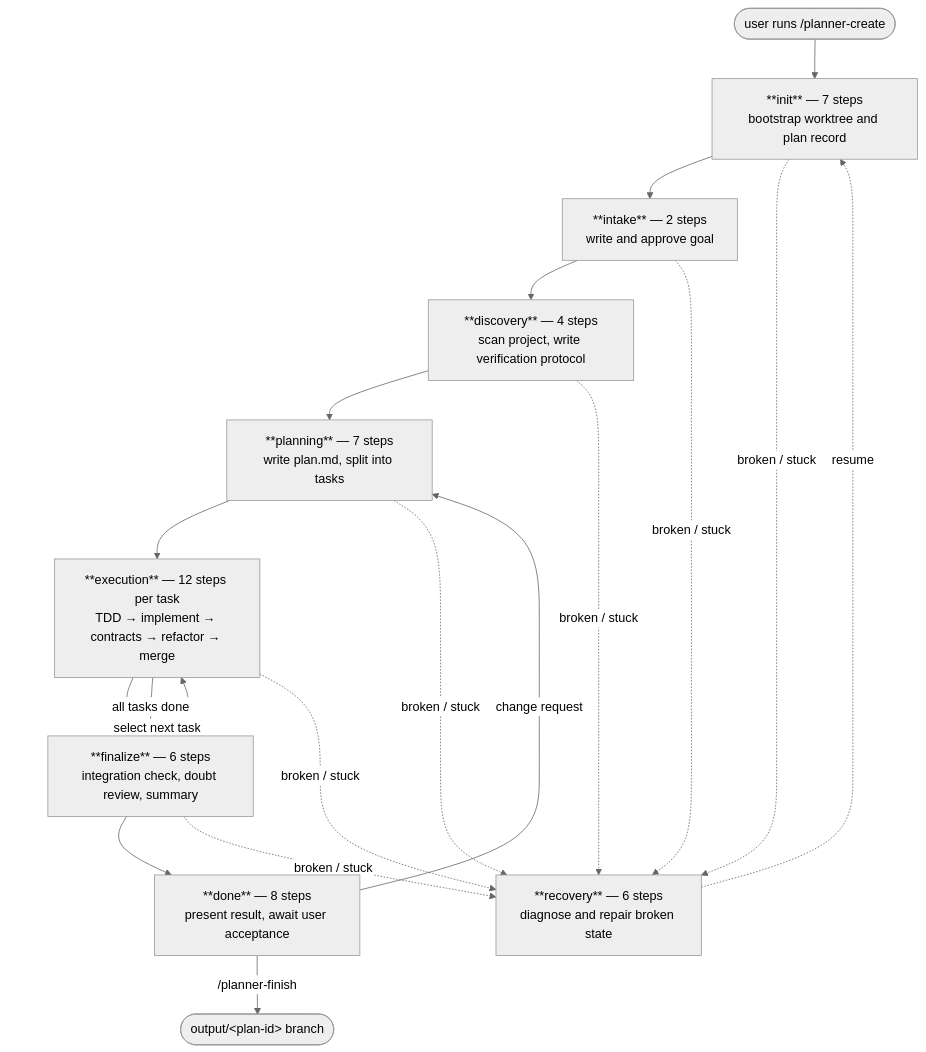
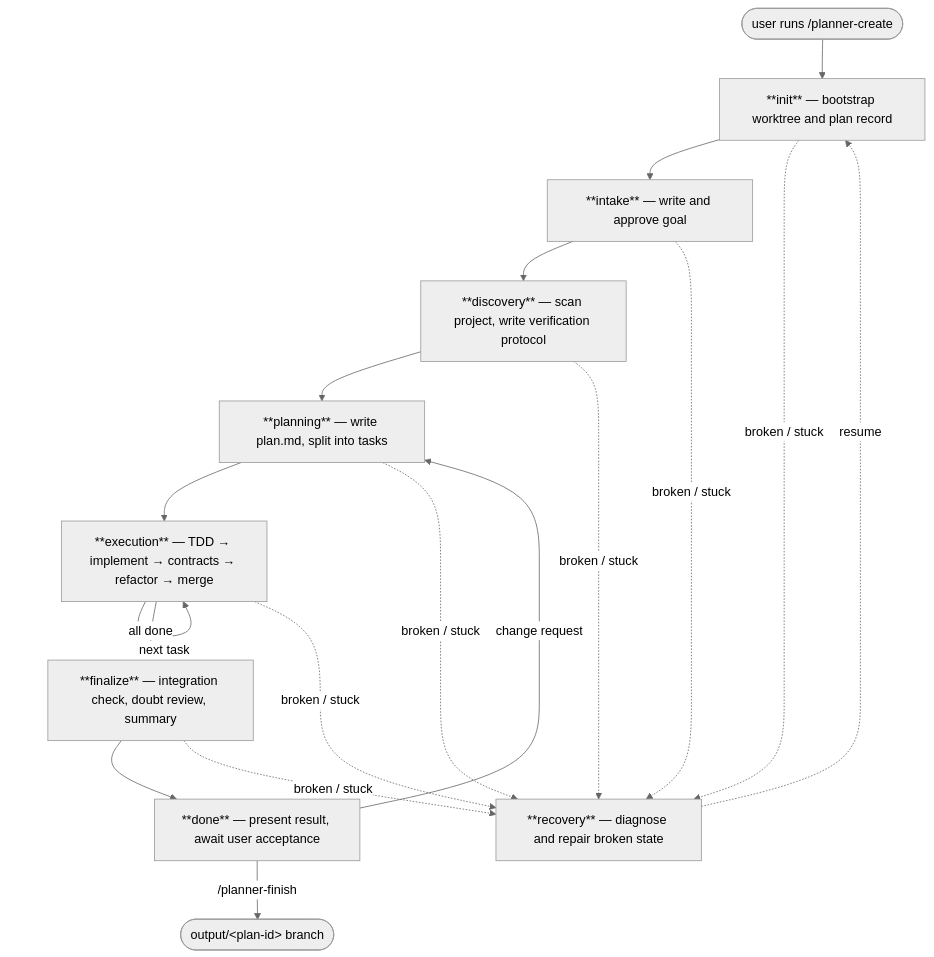
The diagram in README.md (m62624/pi-code-planner), drawn with Mermaid (neutral theme) before and after one commit. The commit also changed other lines of this file, not shown here.

````diff
--- a/README.md
+++ b/README.md
@@ -41,27 +35,27 @@
 ```mermaid
 flowchart TD
     S([user runs /planner-create]) --> INIT
 
-    INIT["**init** — 7 steps\nbootstrap worktree and plan record"]
-    INTAKE["**intake** — 2 steps\nwrite and approve goal"]
-    DISCOVERY["**discovery** — 4 steps\nscan project, write verification protocol"]
-    PLANNING["**planning** — 7 steps\nwrite plan.md, split into tasks"]
-    EXECUTION["**execution** — 12 steps per task\nTDD → implement → contracts → refactor → merge"]
-    FINALIZE["**finalize** — 6 steps\nintegration check, doubt review, summary"]
-    DONE["**done** — 8 steps\npresent result, await user acceptance"]
-    RECOVERY["**recovery** — 6 steps\ndiagnose and repair broken state"]
+    INIT["**init** — bootstrap worktree and plan record"]
+    INTAKE["**intake** — write and approve goal"]
+    DISCOVERY["**discovery** — scan project, write verification protocol"]
+    PLANNING["**planning** — write plan.md, split into tasks"]
+    EXECUTION["**execution** — TDD → implement → contracts → refactor → merge"]
+    FINALIZE["**finalize** — integration check, doubt review, summary"]
+    DONE["**done** — present result, await user acceptance"]
+    RECOVERY["**recovery** — diagnose and repair broken state"]
     OUT([output/&lt;plan-id&gt; branch])
 
     INIT --> INTAKE
     INTAKE --> DISCOVERY
     DISCOVERY --> PLANNING
     PLANNING --> EXECUTION
-    EXECUTION -->|"select next task"| EXECUTION
-    EXECUTION -->|"all tasks done"| FINALIZE
+    EXECUTION -->|"next task"| EXECUTION
+    EXECUTION -->|"all done"| FINALIZE
     FINALIZE --> DONE
     DONE -->|"/planner-finish"| OUT
     DONE -->|"change request"| PLANNING
 
     INIT & INTAKE & DISCOVERY & PLANNING & EXECUTION & FINALIZE -.->|"broken / stuck"| RECOVERY
     RECOVERY -.->|"resume"| INIT
 ```
````
